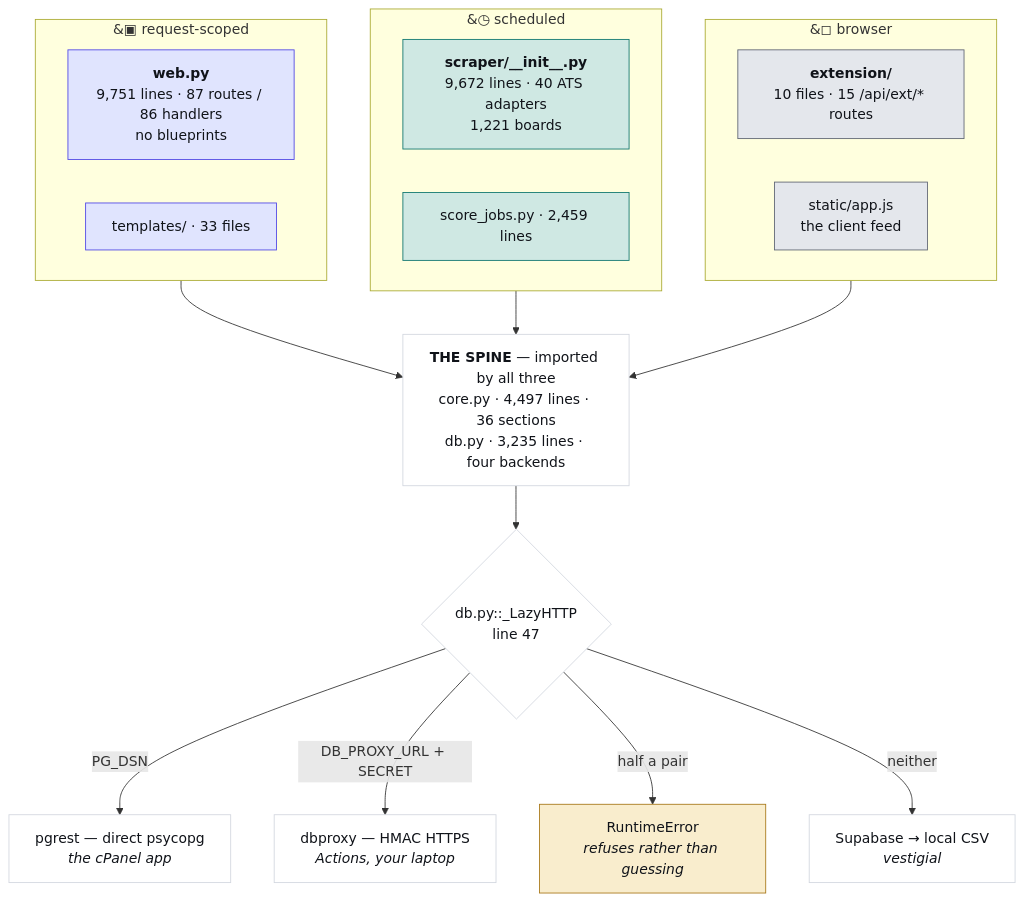
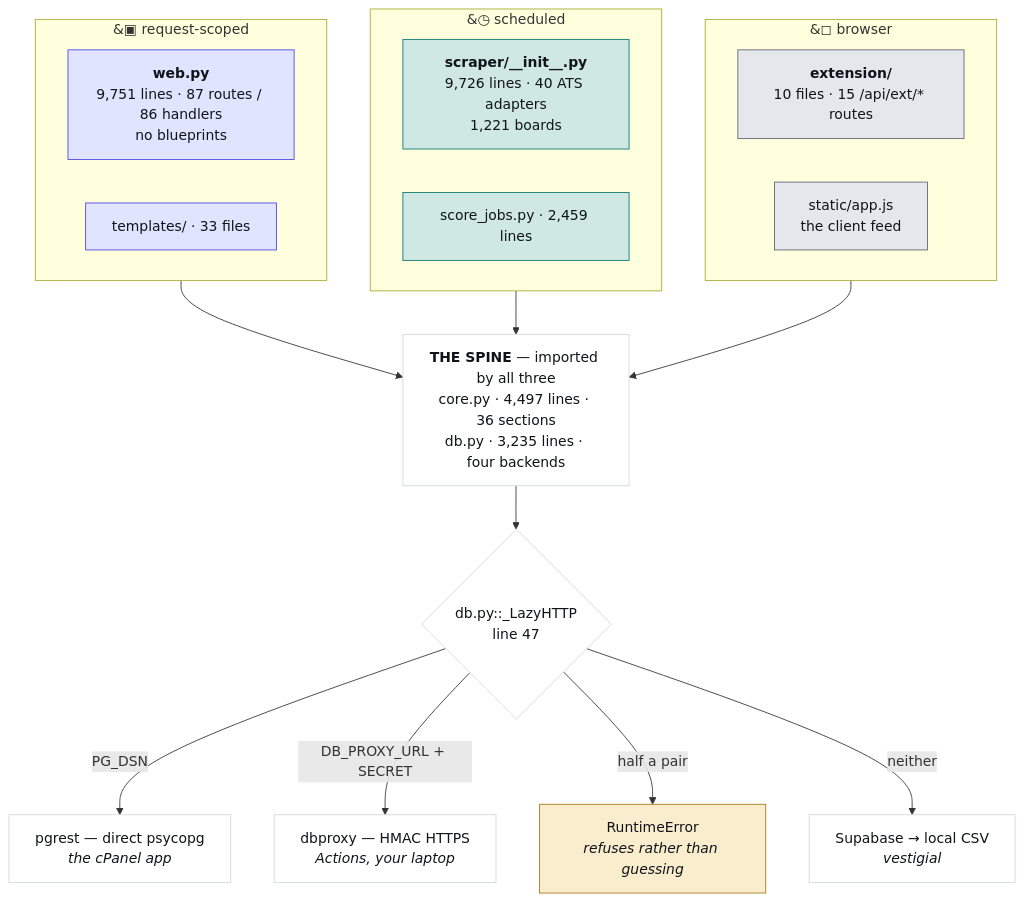
One commit to hadakunal909-debug/job-search-tool changed the first of 4 diagrams in JobMatch Scraper/docs/ARCHITECTURE.md. Above: the diagram before and after it, drawn with Mermaid. The commit also changed other lines of this file and 7 other files, not shown here.

````diff
--- a/JobMatch Scraper/docs/ARCHITECTURE.md
+++ b/JobMatch Scraper/docs/ARCHITECTURE.md
@@ -45,34 +45,34 @@
 ```mermaid
 flowchart TB
   subgraph REQ["&#9635; request-scoped"]
     W["<b>web.py</b><br/>9,751 lines · 87 routes / 86 handlers<br/>no blueprints"]
     T["templates/ · 33 files"]
   end
   subgraph SCH["&#9719; scheduled"]
-    S["<b>scraper/__init__.py</b><br/>9,672 lines · 40 ATS adapters<br/>1,221 boards"]
+    S["<b>scraper/__init__.py</b><br/>9,726 lines · 40 ATS adapters<br/>1,221 boards"]
     J["score_jobs.py · 2,459 lines"]
   end
   subgraph CLI["&#9723; browser"]
     E["<b>extension/</b><br/>10 files · 15 /api/ext/* routes"]
     A["static/app.js<br/>the client feed"]
   end
   SPINE["<b>THE SPINE</b> — imported by all three<br/>core.py · 4,497 lines · 36 sections<br/>db.py · 3,235 lines · four backends"]
   REQ --> SPINE
   SCH --> SPINE
   CLI --> SPINE
   SPINE --> D{"db.py::_LazyHTTP<br/>line 47"}
   D -->|"PG_DSN"| P["pgrest — direct psycopg<br/><i>the cPanel app</i>"]
   D -->|"DB_PROXY_URL + SECRET"| X["dbproxy — HMAC HTTPS<br/><i>Actions, your laptop</i>"]
   D -->|"half a pair"| R["RuntimeError<br/><i>refuses rather than guessing</i>"]
   D -->|"neither"| V["Supabase → local CSV<br/><i>vestigial</i>"]
   classDef web fill:#e0e4fe,stroke:#4f46e5,color:#101319
   classDef sched fill:#cfe8e3,stroke:#0f766e,color:#101319
   classDef client fill:#e4e7ec,stroke:#5f6573,color:#101319
   classDef trap fill:#f9edcd,stroke:#a8781a,color:#101319
   classDef plain fill:#ffffff,stroke:#d3d7df,color:#101319
   class W,T web
   class S,J sched
   class E,A client
   class R trap
   class SPINE,D,P,X,V plain
 ```
````
